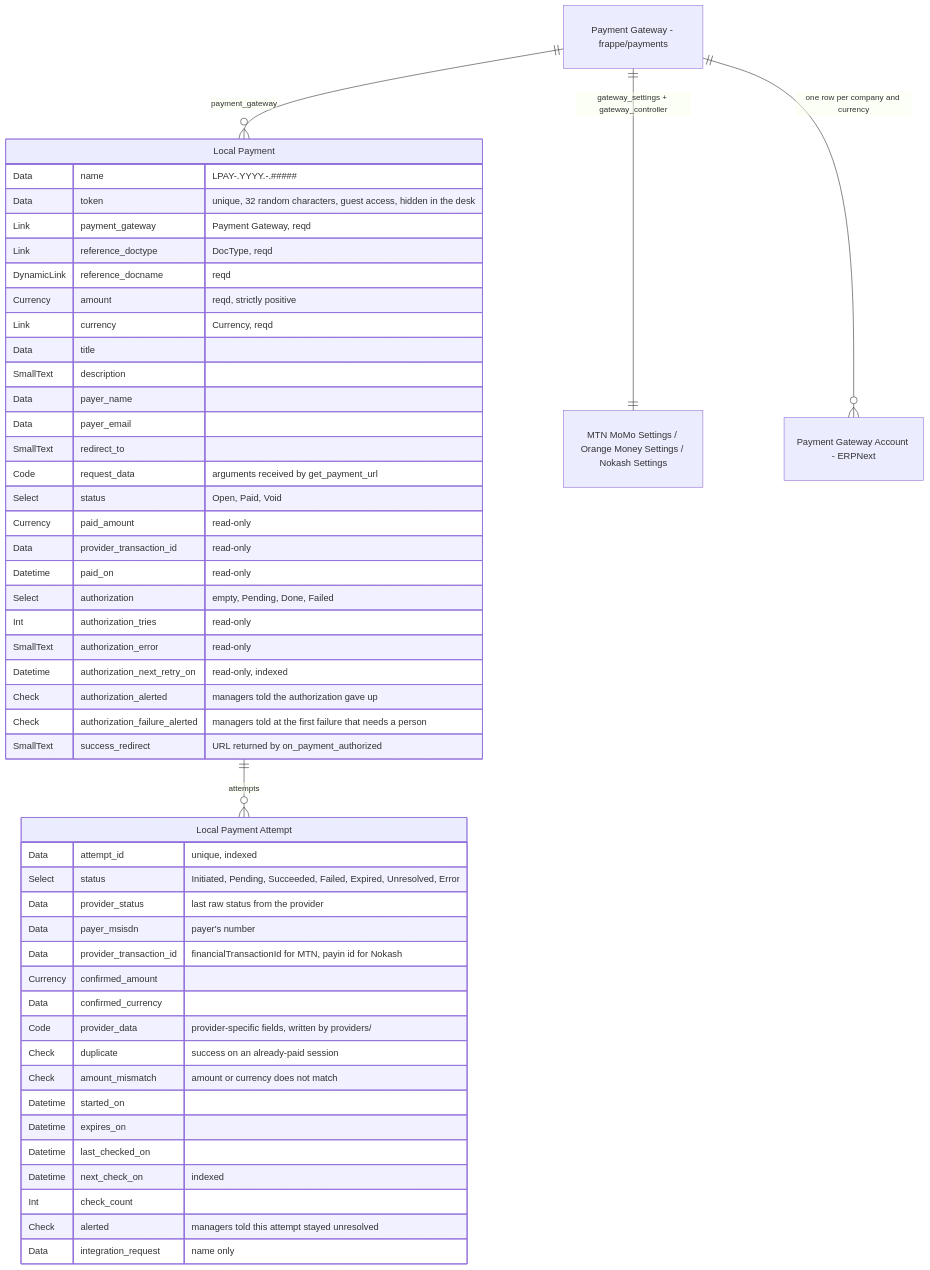
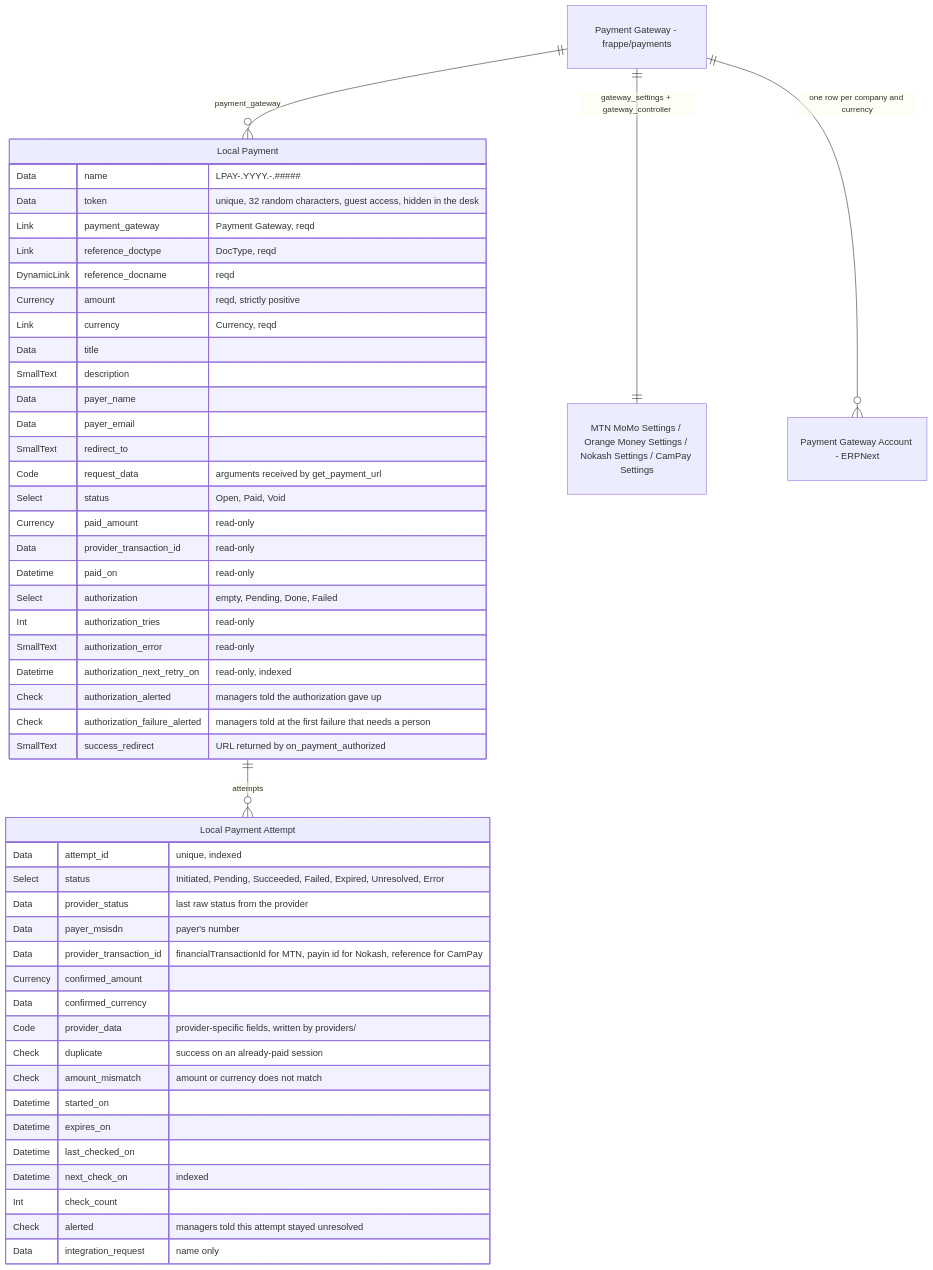
One commit to skyengpro/local_payments changed the second of 4 diagrams in docs/ARCHITECTURE.md. Above: the diagram before and after it, drawn with Mermaid. The commit also changed other lines of this file and 12 other files, not shown here.

````diff
--- a/docs/ARCHITECTURE.md
+++ b/docs/ARCHITECTURE.md
@@ -304,56 +313,56 @@
 ```mermaid
 erDiagram
     LOCAL_PAYMENT["Local Payment"] {
         Data name "LPAY-.YYYY.-.#####"
         Data token "unique, 32 random characters, guest access, hidden in the desk"
         Link payment_gateway "Payment Gateway, reqd"
         Link reference_doctype "DocType, reqd"
         DynamicLink reference_docname "reqd"
         Currency amount "reqd, strictly positive"
         Link currency "Currency, reqd"
         Data title
         SmallText description
         Data payer_name
         Data payer_email
         SmallText redirect_to
         Code request_data "arguments received by get_payment_url"
         Select status "Open, Paid, Void"
         Currency paid_amount "read-only"
         Data provider_transaction_id "read-only"
         Datetime paid_on "read-only"
         Select authorization "empty, Pending, Done, Failed"
         Int authorization_tries "read-only"
         SmallText authorization_error "read-only"
         Datetime authorization_next_retry_on "read-only, indexed"
         Check authorization_alerted "managers told the authorization gave up"
         Check authorization_failure_alerted "managers told at the first failure that needs a person"
         SmallText success_redirect "URL returned by on_payment_authorized"
     }
     LOCAL_PAYMENT_ATTEMPT["Local Payment Attempt"] {
         Data attempt_id "unique, indexed"
         Select status "Initiated, Pending, Succeeded, Failed, Expired, Unresolved, Error"
         Data provider_status "last raw status from the provider"
         Data payer_msisdn "payer's number"
-        Data provider_transaction_id "financialTransactionId for MTN, payin id for Nokash"
+        Data provider_transaction_id "financialTransactionId for MTN, payin id for Nokash, reference for CamPay"
         Currency confirmed_amount
         Data confirmed_currency
         Code provider_data "provider-specific fields, written by providers/"
         Check duplicate "success on an already-paid session"
         Check amount_mismatch "amount or currency does not match"
         Datetime started_on
         Datetime expires_on
         Datetime last_checked_on
         Datetime next_check_on "indexed"
         Int check_count
         Check alerted "managers told this attempt stayed unresolved"
         Data integration_request "name only"
     }
     PAYMENT_GATEWAY["Payment Gateway - frappe/payments"]
-    SETTINGS["MTN MoMo Settings / Orange Money Settings / Nokash Settings"]
+    SETTINGS["MTN MoMo Settings / Orange Money Settings / Nokash Settings / CamPay Settings"]
     PGA["Payment Gateway Account - ERPNext"]
 
     LOCAL_PAYMENT ||--o{ LOCAL_PAYMENT_ATTEMPT : attempts
     PAYMENT_GATEWAY ||--o{ LOCAL_PAYMENT : payment_gateway
     PAYMENT_GATEWAY ||--|| SETTINGS : "gateway_settings + gateway_controller"
     PAYMENT_GATEWAY ||--o{ PGA : "one row per company and currency"
 ```
````
